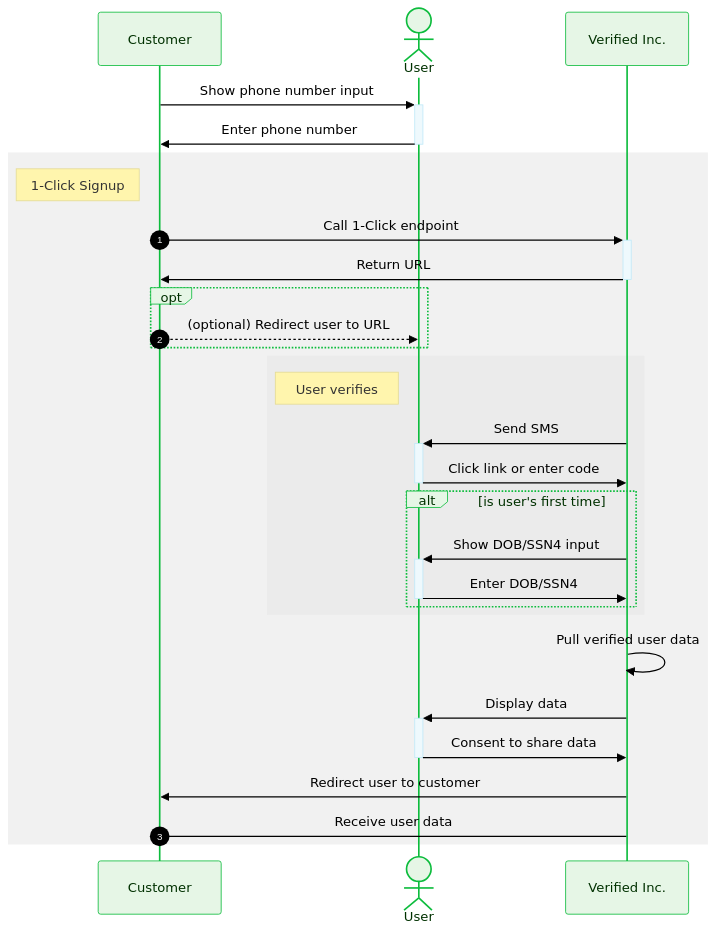
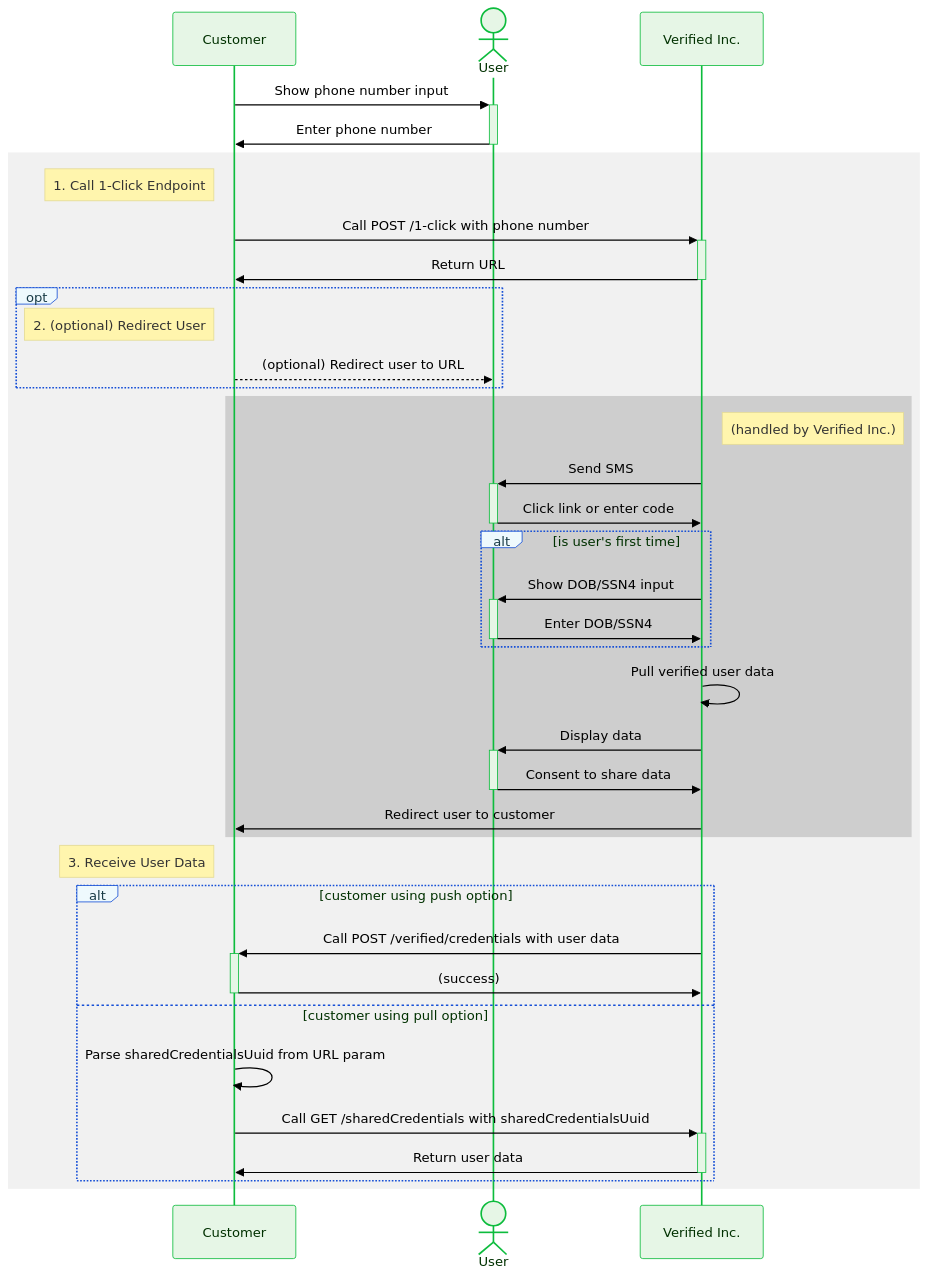
The fifth of 10 diagrams in docs/1-click-signup.mdx (VerifiedInc/VerifiedInc.github.io), drawn with Mermaid before and after one commit. The commit also changed other lines of this file and 9 other files, not shown here.

````diff
--- a/docs/1-click-signup.mdx
+++ b/docs/1-click-signup.mdx
@@ -235,50 +217,60 @@
 ```mermaid
 %%{
     init: {
         'theme': 'base',
         'themeVariables': {
             'primaryColor': '#e6f6e6',
             'primaryTextColor': '#003100',
             'primaryBorderColor': '#0dbc3d',
             'secondaryColor': '#eef9fd',
             'secondaryTextColor': '#193c47',
             'secondaryBorderColor': '#164fd6',
+            'activationBkgColor': '#e6f6e6',
+            'activationBorderColor': '#0dbc3d',
+            'labelBoxBkgColor': '#eef9fd',
+            'labelBoxBorderColor': '#164fd6',
+            'labelTextColor': '#193c47',
             'edgeLabelBackground': '#ffffff',
-            'textColor': '#000000'
+            'textColor': '#000000',
+            'fontFamily': 'Lato'
         }
     }
 }%%
 sequenceDiagram
     participant C as Customer
     actor U as User
     participant V as Verified Inc.
     C->>+U: Show phone number input
     U->>-C: Enter phone number
-    autonumber 1
     rect rgb(200,200,200,0.25)
-        note left of C: 1-Click Signup
-        C->>+V: Call 1-Click endpoint
-        autonumber off
+        note left of C: 1. Call 1-Click Endpoint
+        C->>+V: Call POST /1-click with phone number
         V->>-C: Return URL
-        autonumber 2
         opt
+            note left of C: 2. (optional) Redirect User
             C-->>U: (optional) Redirect user to URL
         end
-        autonumber off
-        rect rgb(200,200,200,0.15)
-            note left of U: User verifies
+        rect rgb(200,200,200,0.85)
+            note right of V: (handled by Verified Inc.)
             V->>+U: Send SMS
             U->>-V: Click link or enter code
             alt is user's first time
                 V->>+U: Show DOB/SSN4 input
                 U->>-V: Enter DOB/SSN4
             end
+            V->>V: Pull verified user data
+            V->>+U: Display data
+            U->>-V: Consent to share data
+            V->>C: Redirect user to customer 
         end
-        V->>V: Pull verified user data
-        V->>+U: Display data
-        U->>-V: Consent to share data
-        V->>C: Redirect user to customer 
-        autonumber 3
-        C->V: Receive user data
+        note left of C: 3. Receive User Data
+        alt customer using push option
+            V->>+C: Call POST /verified/credentials with user data
+            C->>-V: (success)
+        else customer using pull option
+            C->>C: Parse sharedCredentialsUuid from URL param
+            C->>+V: Call GET /sharedCredentials with sharedCredentialsUuid
+            V->>-C: Return user data
+        end
     end
 ```
````
